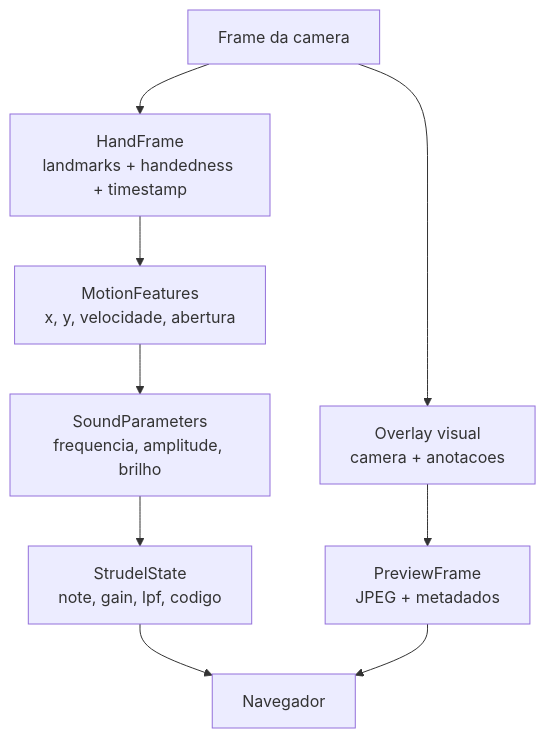
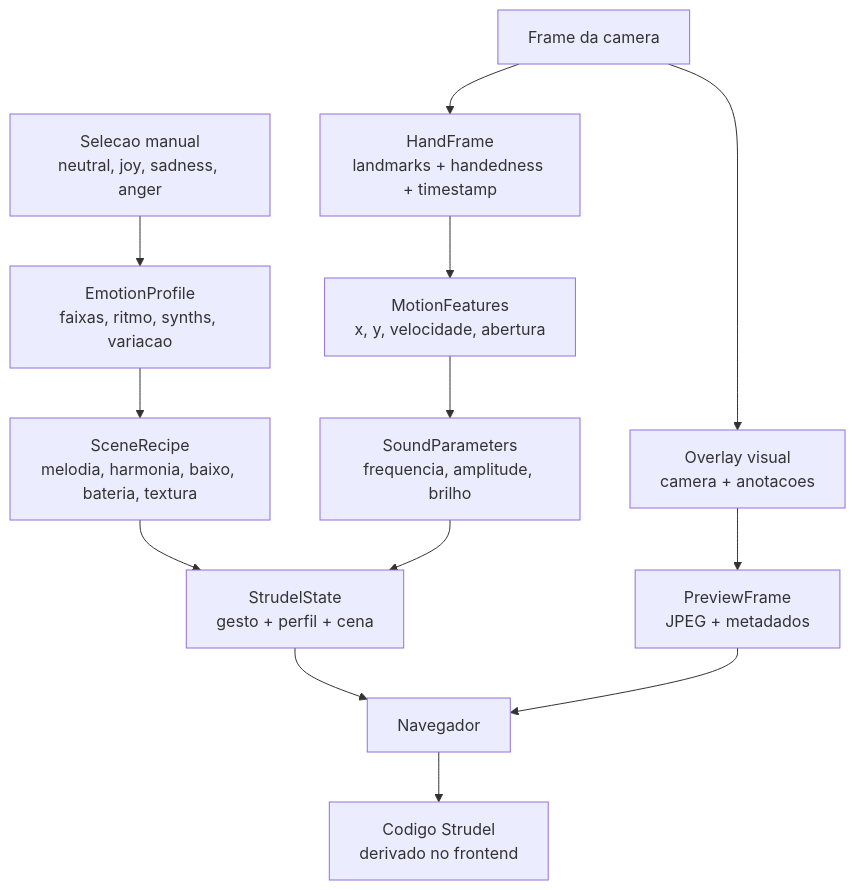
Before and after one commit to lavsouza/TCC: the third of 3 diagrams in docs/architecture.md, drawn with Mermaid. The commit also changed other lines of this file and 24 other files, not shown here.

First line of the commit message:
feat: evolui integracao Strudel browser-first

````diff
--- a/docs/architecture.md
+++ b/docs/architecture.md
@@ -87,11 +92,15 @@
 ```mermaid
 flowchart TD
     raw["Frame da camera"] --> hand["HandFrame<br/>landmarks + handedness + timestamp"]
     hand --> motion["MotionFeatures<br/>x, y, velocidade, abertura"]
     motion --> sound["SoundParameters<br/>frequencia, amplitude, brilho"]
-    sound --> state["StrudelState<br/>note, gain, lpf, codigo"]
+    emotion["Selecao manual<br/>neutral, joy, sadness, anger"] --> profile["EmotionProfile<br/>faixas, ritmo, synths, variacao"]
+    profile --> scene["SceneRecipe<br/>melodia, harmonia, baixo, bateria, textura"]
+    scene --> state
+    sound --> state["StrudelState<br/>gesto + perfil + cena"]
     raw --> overlay["Overlay visual<br/>camera + anotacoes"]
     overlay --> preview["PreviewFrame<br/>JPEG + metadados"]
     state --> browser["Navegador"]
     preview --> browser
+    browser --> code["Codigo Strudel<br/>derivado no frontend"]
 ```
````
